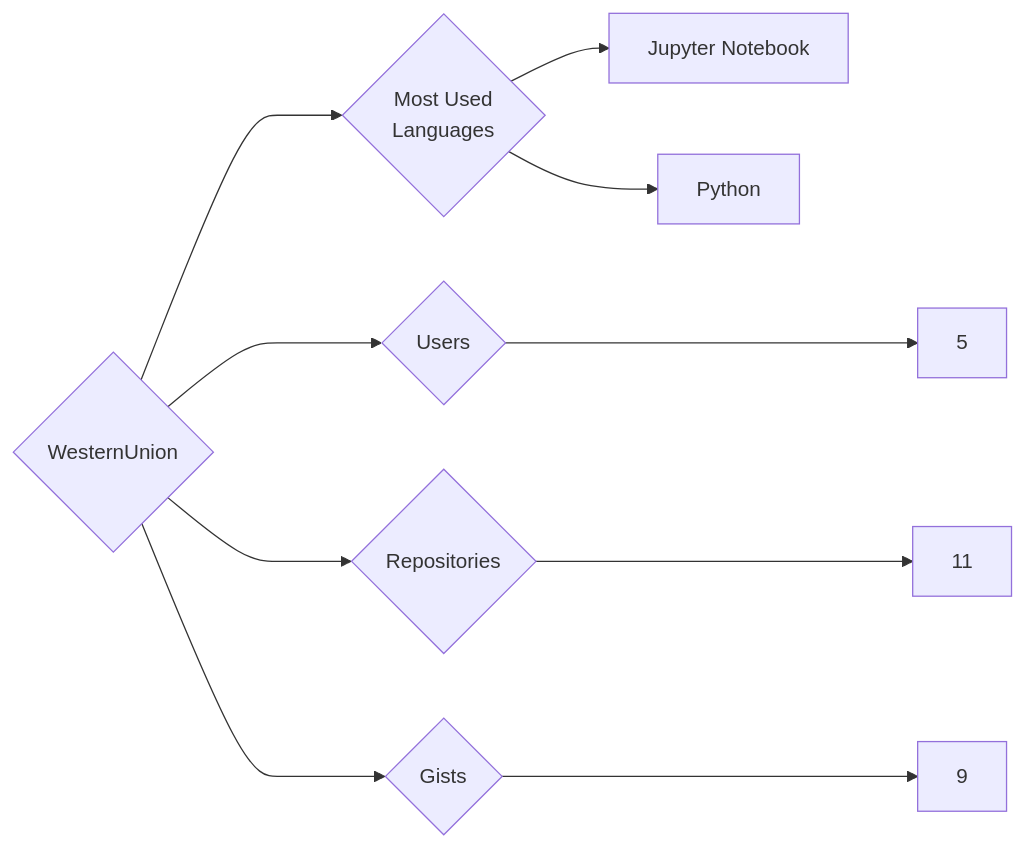
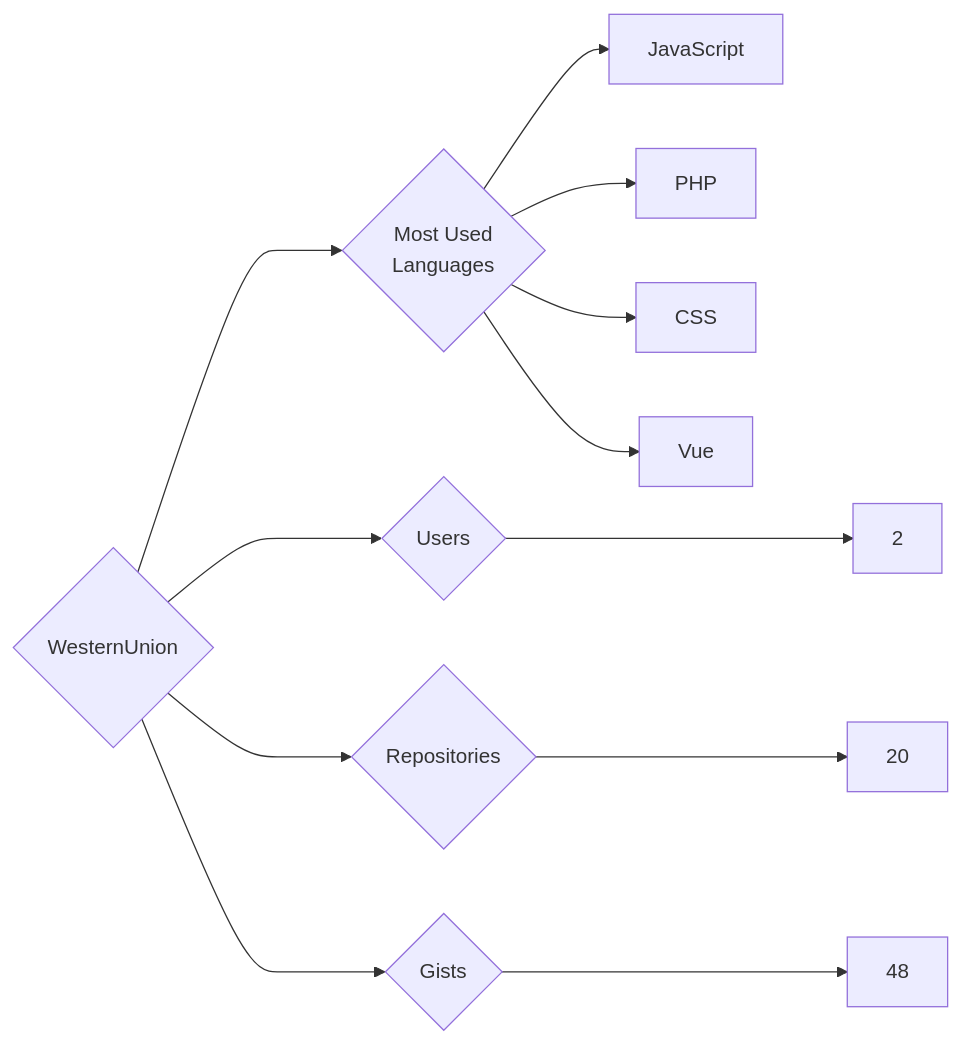
One commit to trickest/insiders changed the diagram in targets/WesternUnion/README.md. Above: the diagram before and after it, drawn with Mermaid. The commit also changed 1696 other files, not shown here.

````diff
--- a/targets/WesternUnion/README.md
+++ b/targets/WesternUnion/README.md
@@ -3,10 +3,12 @@
 ```mermaid
 graph LR
 COMPANY_NAME{WesternUnion}
-COMPANY_NAME ---> U{Users} ---> UN[5]
-COMPANY_NAME ---> R{Repositories} ---> RN[11]
-COMPANY_NAME ---> G{Gists} ---> GN[9]
+COMPANY_NAME ---> U{Users} ---> UN[2]
+COMPANY_NAME ---> R{Repositories} ---> RN[20]
+COMPANY_NAME ---> G{Gists} ---> GN[48]
 COMPANY_NAME ---> ML{Most Used<br>Languages}
-ML --> Jupyter_Notebook[Jupyter Notebook]
-ML --> Python[Python]
+ML --> JavaScript[JavaScript]
+ML --> PHP[PHP]
+ML --> CSS[CSS]
+ML --> Vue[Vue]
 ```
````
